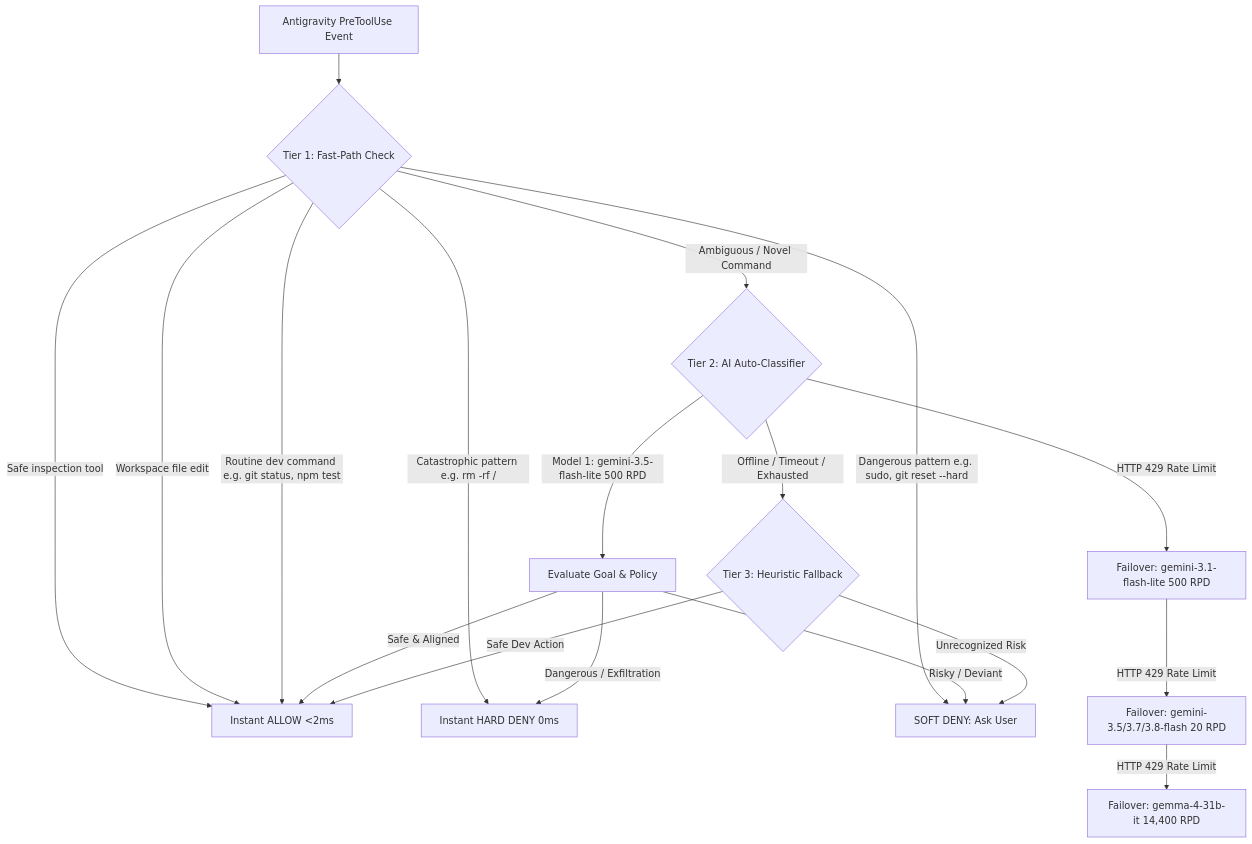
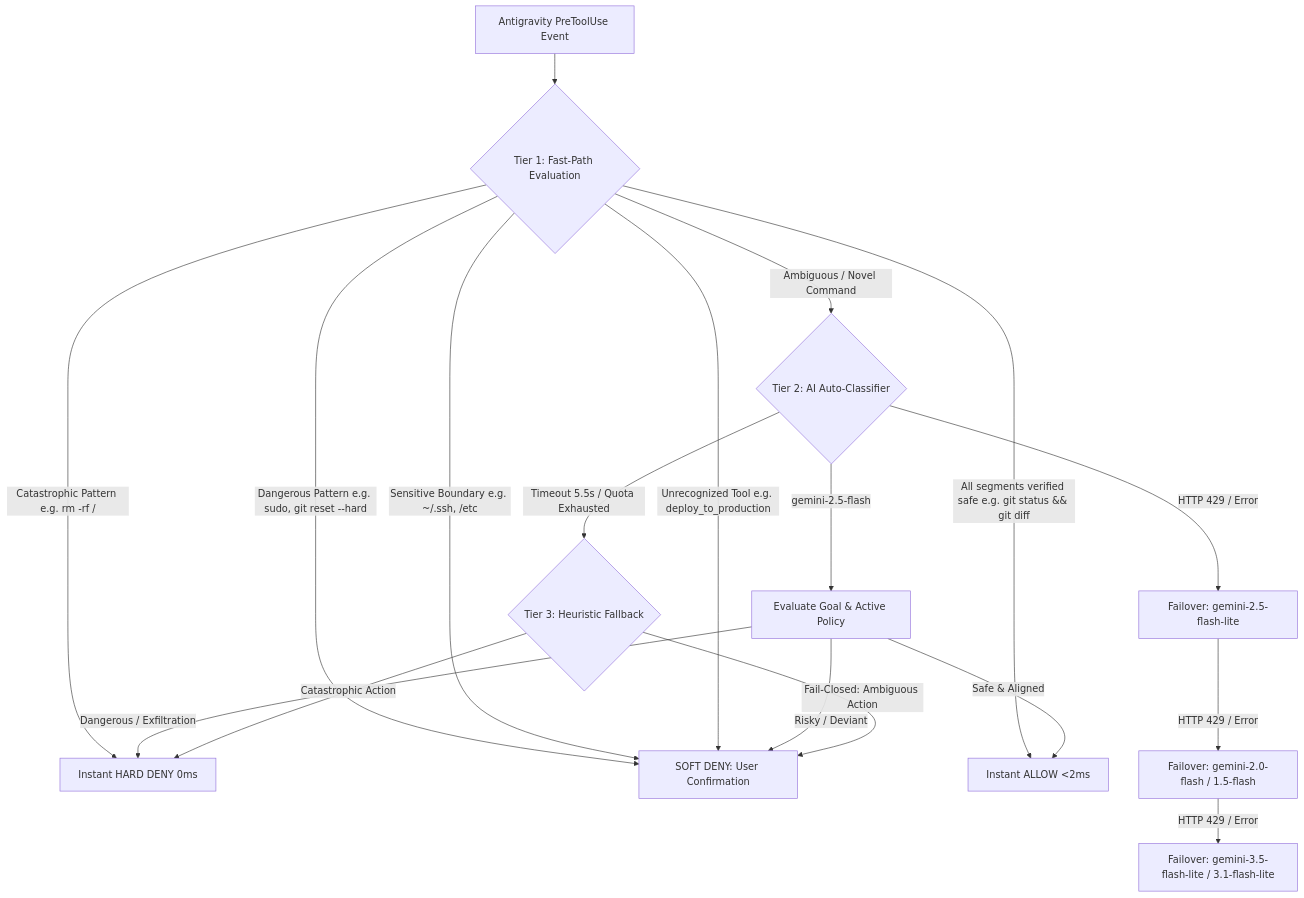
One commit to marmarmamark/agy-auto-mode changed the diagram in README.md. Above: the diagram before and after it, drawn with Mermaid. The commit also changed other lines of this file and 5 other files, not shown here.

Commit message:
fix(security): sanitize git execution flags, fix path boundary noise, add SSRF blocks, and sync docs

````diff
--- a/README.md
+++ b/README.md
@@ -27,25 +36,25 @@
 ```mermaid
 flowchart TD
-    ToolCall[Antigravity PreToolUse Event] --> FastPath{Tier 1: Fast-Path Check}
+    ToolCall[Antigravity PreToolUse Event] --> FastPath{Tier 1: Fast-Path Evaluation}
     
-    FastPath -->|Safe inspection tool| Allow[Instant ALLOW <2ms]
-    FastPath -->|Workspace file edit| Allow
-    FastPath -->|Routine dev command e.g. git status, npm test| Allow
-    FastPath -->|Catastrophic pattern e.g. rm -rf /| Deny[Instant HARD DENY 0ms]
-    FastPath -->|Dangerous pattern e.g. sudo, git reset --hard| Ask[SOFT DENY: Ask User]
+    FastPath -->|Catastrophic Pattern e.g. rm -rf /| Deny[Instant HARD DENY 0ms]
+    FastPath -->|Dangerous Pattern e.g. sudo, git reset --hard| Ask[SOFT DENY: User Confirmation]
+    FastPath -->|Sensitive Boundary e.g. ~/.ssh, /etc| Ask
+    FastPath -->|Unrecognized Tool e.g. deploy_to_production| Ask
+    FastPath -->|All segments verified safe e.g. git status && git diff| Allow[Instant ALLOW <2ms]
     
     FastPath -->|Ambiguous / Novel Command| AI{Tier 2: AI Auto-Classifier}
     
-    AI -->|Model 1: gemini-3.5-flash-lite 500 RPD| Eval[Evaluate Goal & Policy]
-    AI -->|HTTP 429 Rate Limit| Failover1[Failover: gemini-3.1-flash-lite 500 RPD]
-    Failover1 -->|HTTP 429 Rate Limit| Failover2[Failover: gemini-3.5/3.7/3.8-flash 20 RPD]
-    Failover2 -->|HTTP 429 Rate Limit| Failover3[Failover: gemma-4-31b-it 14,400 RPD]
+    AI -->|gemini-2.5-flash| Eval[Evaluate Goal & Active Policy]
+    AI -->|HTTP 429 / Error| Failover1[Failover: gemini-2.5-flash-lite]
+    Failover1 -->|HTTP 429 / Error| Failover2[Failover: gemini-2.0-flash / 1.5-flash]
+    Failover2 -->|HTTP 429 / Error| Failover3[Failover: gemini-3.5-flash-lite / 3.1-flash-lite]
     
     Eval -->|Safe & Aligned| Allow
     Eval -->|Risky / Deviant| Ask
     Eval -->|Dangerous / Exfiltration| Deny
     
-    AI -->|Offline / Timeout / Exhausted| Heuristic{Tier 3: Heuristic Fallback}
-    Heuristic -->|Safe Dev Action| Allow
-    Heuristic -->|Unrecognized Risk| Ask
+    AI -->|Timeout 5.5s / Quota Exhausted| Heuristic{Tier 3: Heuristic Fallback}
+    Heuristic -->|Fail-Closed: Ambiguous Action| Ask
+    Heuristic -->|Catastrophic Action| Deny
 ```
````
